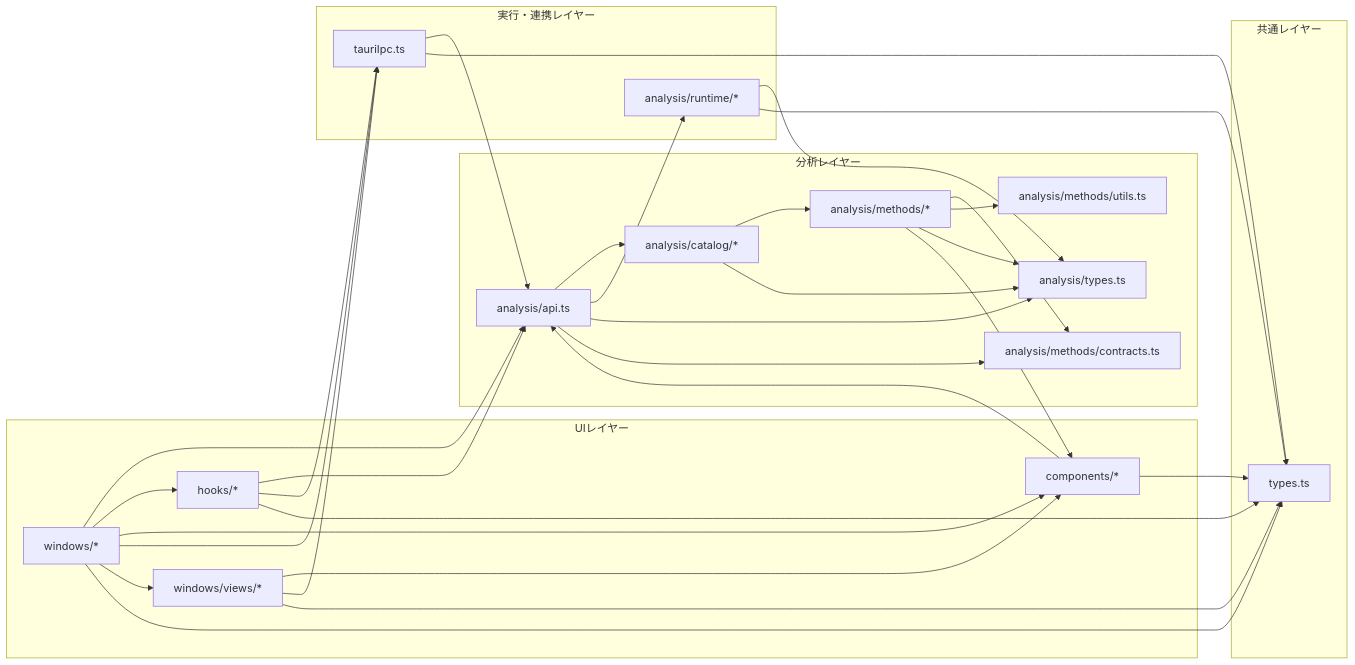
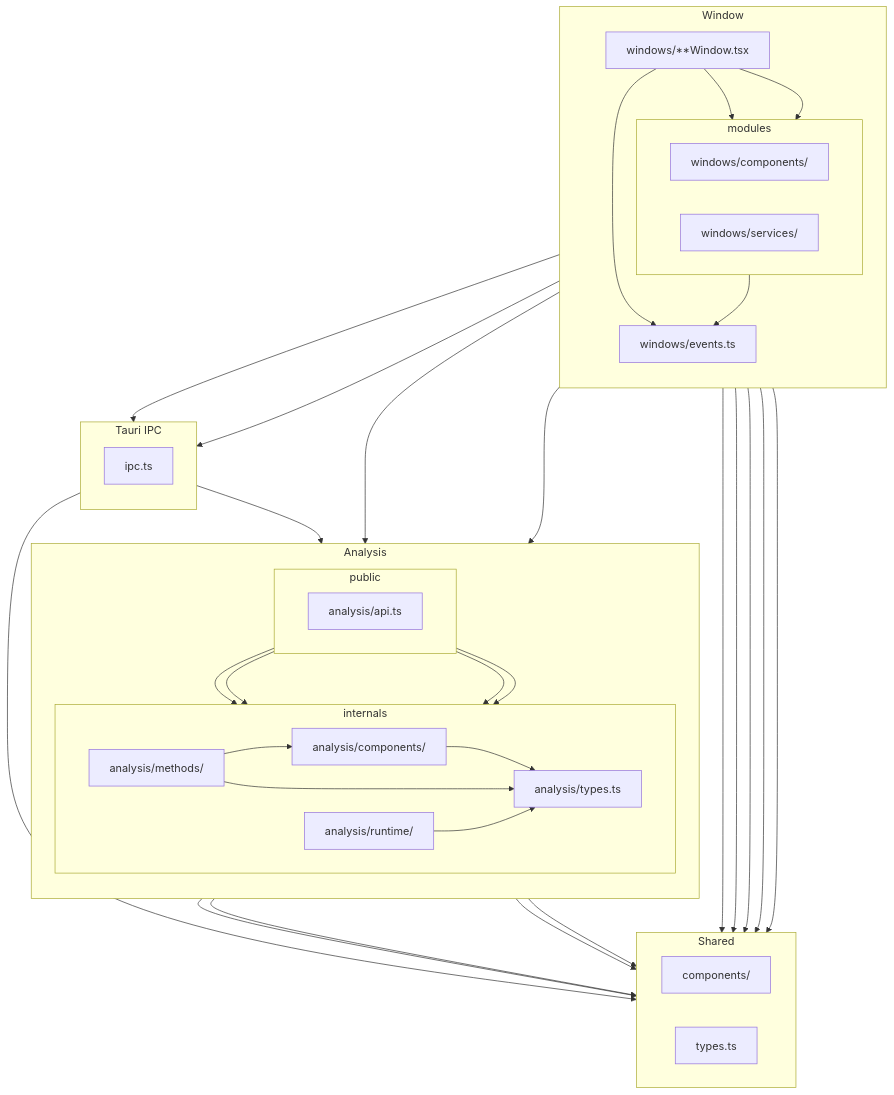
One commit to stkii/sai changed the first of 2 diagrams in docs/ARCHITECTURE.md. Above: the diagram before and after it, drawn with Mermaid. The commit also changed other lines of this file and 1 other file, not shown here.

````diff
--- a/docs/ARCHITECTURE.md
+++ b/docs/ARCHITECTURE.md
@@ -51,64 +6,79 @@
 ```mermaid
-flowchart LR
-  subgraph L1["UIレイヤー"]
-    W["windows/*"]
-    WV["windows/views/*"]
-    H["hooks/*"]
-    C["components/*"]
+flowchart TB
+  direction TB
+
+  subgraph P["Window"]
+    direction TB
+
+    W["windows/**Window.tsx"]
+    WE["windows/events.ts"]
+
+    subgraph modules
+      direction LR
+      WC["windows/components/"]
+      WS["windows/services/"]
+    end
   end
 
-  subgraph L2["分析レイヤー"]
-    AAPI["analysis/api.ts"]
-    AC["analysis/catalog/*"]
-    AM["analysis/methods/*"]
-    ACont["analysis/methods/contracts.ts"]
-    AUtil["analysis/methods/utils.ts"]
-    AType["analysis/types.ts"]
+  subgraph A["Analysis"]
+    direction TB
+
+    subgraph AP["public"]
+      direction LR
+      AA["analysis/api.ts"]
+    end
+
+    subgraph AI["internals"]
+      direction LR
+      AC["analysis/components/"]
+      AM["analysis/methods/"]
+      AR["analysis/runtime/"]
+      AT["analysis/types.ts"]
+    end
   end
 
-  subgraph L3["実行・連携レイヤー"]
-    ARun["analysis/runtime/*"]
-    TIPC["tauriIpc.ts"]
+  subgraph C["Shared"]
+    direction LR
+    CC["components/"]
+    CT["types.ts"]
   end
 
-  subgraph L4["共通レイヤー"]
-    TS["types.ts"]
+  subgraph X["Tauri IPC"]
+    direction TB
+    I["ipc.ts"]
   end
 
-  W --> AAPI
-  W --> H
-  W --> C
-  W --> TIPC
-  W --> WV
-  W --> TS
+  W --> AA
+  W --> I
+  W --> CT
+  W --> WC
+  W --> WS
+  W --> WE
 
-  WV --> C
-  WV --> TIPC
-  WV --> TS
+  WC --> I
+  WS --> AA
 
-  H --> AAPI
-  H --> TIPC
-  H --> TS
+  W --> CC
+  WC --> CC
+  AC --> CC
+  AM --> CC
 
-  C --> AAPI
-  C --> TS
+  WC --> CT
+  WS --> CT
+  I --> CT
+  AR --> CT
 
-  TIPC --> AAPI
-  TIPC --> TS
+  WS --> WE
+  I --> AA
 
-  AAPI --> AC
-  AAPI --> ARun
-  AAPI --> AType
-  AAPI --> ACont
+  AA --> AC
+  AA --> AM
+  AA --> AR
+  AA --> AT
+  AC --> AT
+  AM --> AC
+  AM --> AT
+  AR --> AT
+  AT --> CT
 
-  AC --> AM
-  AC --> AType
-
-  AM --> ACont
-  AM --> AUtil
-  AM --> AType
-  AM --> C
-
-  ARun --> AType
-  ARun --> TS
 ```
````
